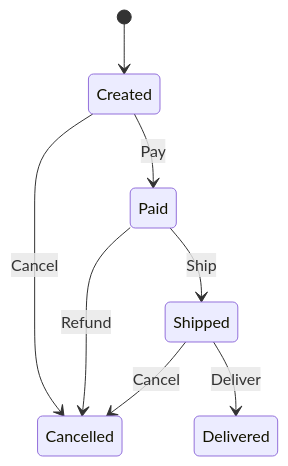
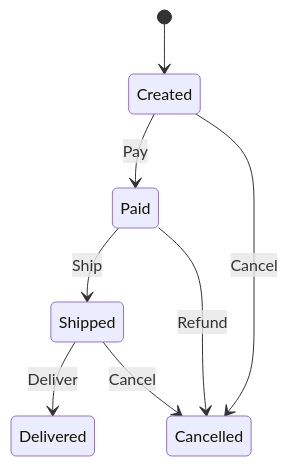
The diagram in examples/docs/order_state_machine.mermaid (kookyleo/yasm), drawn with Mermaid before and after one commit. The commit also changed other lines of this file and 7 other files, not shown here.

```diff
--- a/examples/docs/order_state_machine.mermaid
+++ b/examples/docs/order_state_machine.mermaid
@@ -1,8 +1,8 @@
 stateDiagram-v2
     [*] --> Created
+    Created --> Paid : Pay
+    Shipped --> Delivered : Deliver
+    Paid --> Shipped : Ship
+    Shipped --> Cancelled : Cancel
     Created --> Cancelled : Cancel
-    Shipped --> Delivered : Deliver
-    Created --> Paid : Pay
     Paid --> Cancelled : Refund
-    Shipped --> Cancelled : Cancel
-    Paid --> Shipped : Ship
```
